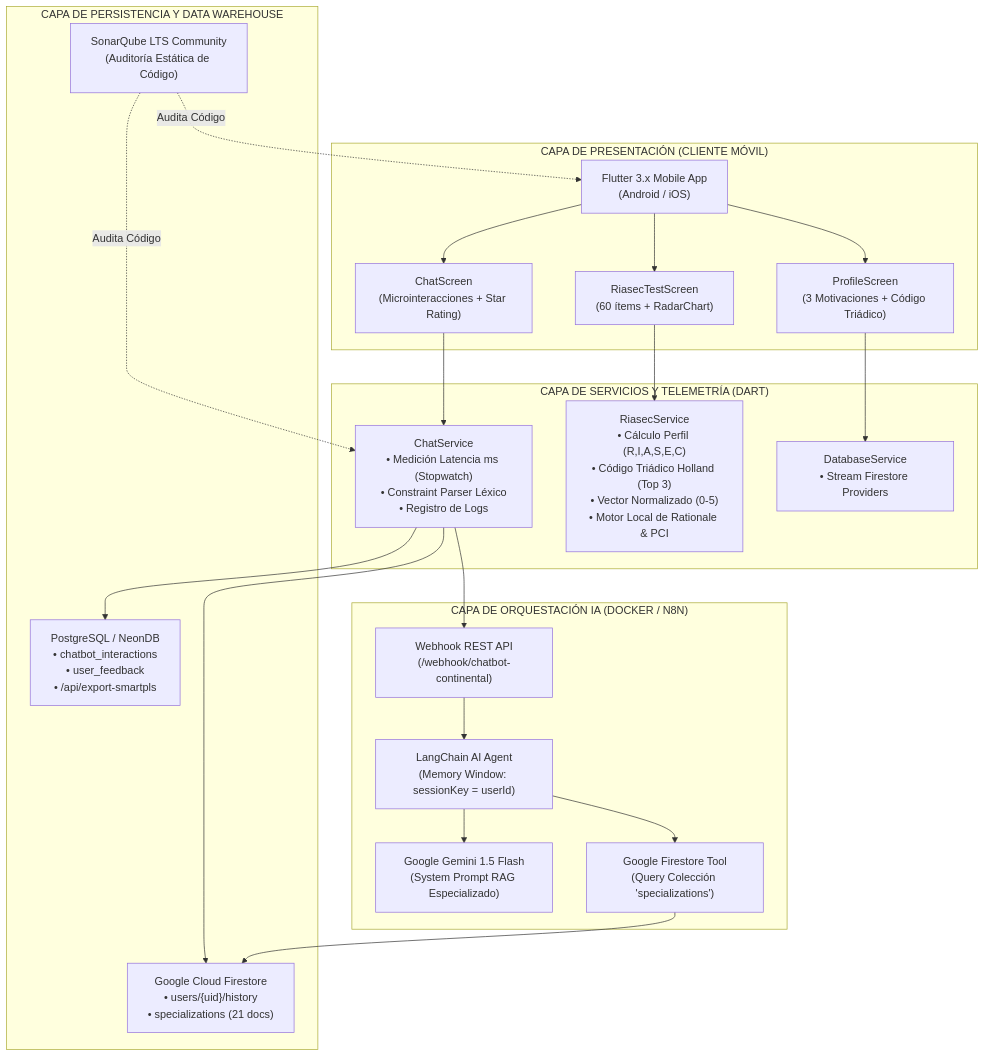
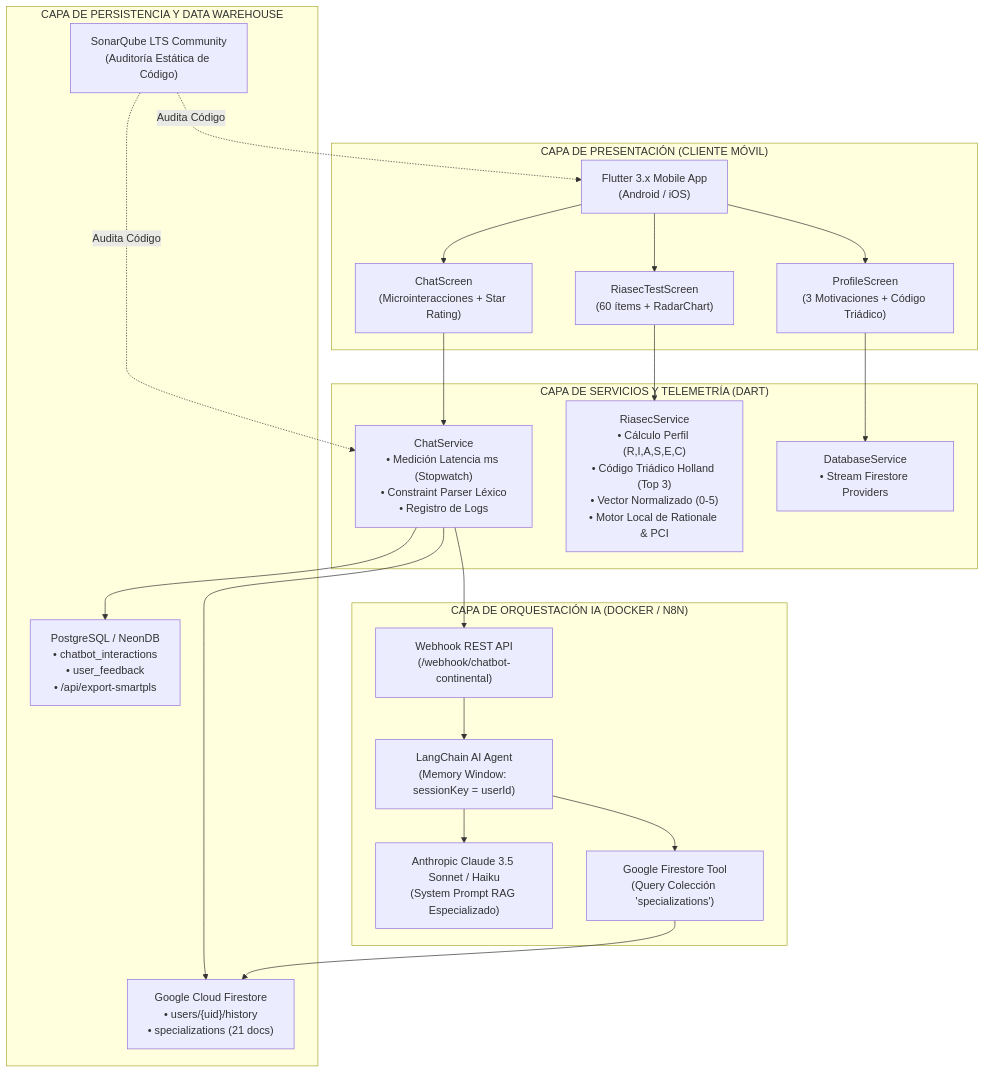
Before and after one commit to josebacilio2004/app_movil_conversacional_programa_especializacion: the diagram in tesis/ANEXO_07_INTERVENCION_METODOLOGICA.md, drawn with Mermaid. The commit also changed other lines of this file, not shown here.

Commit message:
docs(thesis): update Anexo 07 and architecture with Anthropic Claude 3.5

````diff
--- a/tesis/ANEXO_07_INTERVENCION_METODOLOGICA.md
+++ b/tesis/ANEXO_07_INTERVENCION_METODOLOGICA.md
@@ -182,48 +182,48 @@
 ```mermaid
 graph TD
     subgraph ClientLayer["CAPA DE PRESENTACIÓN (CLIENTE MÓVIL)"]
         UI["Flutter 3.x Mobile App<br/>(Android / iOS)"]
         ChatScreen["ChatScreen<br/>(Microinteracciones + Star Rating)"]
         RiasecScreen["RiasecTestScreen<br/>(60 ítems + RadarChart)"]
         ProfileScreen["ProfileScreen<br/>(3 Motivaciones + Código Triádico)"]
     end
 
     subgraph ServiceLayer["CAPA DE SERVICIOS Y TELEMETRÍA (DART)"]
         ChatService["ChatService<br/>• Medición Latencia ms (Stopwatch)<br/>• Constraint Parser Léxico<br/>• Registro de Logs"]
         RiasecService["RiasecService<br/>• Cálculo Perfil (R,I,A,S,E,C)<br/>• Código Triádico Holland (Top 3)<br/>• Vector Normalizado (0-5)<br/>• Motor Local de Rationale & PCI"]
         DatabaseService["DatabaseService<br/>• Stream Firestore Providers"]
     end
 
     subgraph EngineLayer["CAPA DE ORQUESTACIÓN IA (DOCKER / N8N)"]
         Webhook["Webhook REST API<br/>(/webhook/chatbot-continental)"]
         LangChain["LangChain AI Agent<br/>(Memory Window: sessionKey = userId)"]
-        LLM["Google Gemini 1.5 Flash<br/>(System Prompt RAG Especializado)"]
+        LLM["Anthropic Claude 3.5 Sonnet / Haiku<br/>(System Prompt RAG Especializado)"]
         FirestoreTool["Google Firestore Tool<br/>(Query Colección 'specializations')"]
     end
 
     subgraph PersistenceLayer["CAPA DE PERSISTENCIA Y DATA WAREHOUSE"]
         Firestore["Google Cloud Firestore<br/>• users/{uid}/history<br/>• specializations (21 docs)"]
         Postgres["PostgreSQL / NeonDB<br/>• chatbot_interactions<br/>• user_feedback<br/>• /api/export-smartpls"]
         Sonar["SonarQube LTS Community<br/>(Auditoría Estática de Código)"]
     end
 
     UI --> ChatScreen
     UI --> RiasecScreen
     UI --> ProfileScreen
 
     ChatScreen --> ChatService
     RiasecScreen --> RiasecService
     ProfileScreen --> DatabaseService
 
     ChatService --> Webhook
     ChatService --> Firestore
     ChatService --> Postgres
 
     Webhook --> LangChain
     LangChain --> LLM
     LangChain --> FirestoreTool
     FirestoreTool --> Firestore
 
     Sonar -.->|Audita Código| UI
     Sonar -.->|Audita Código| ChatService
 ```
````
